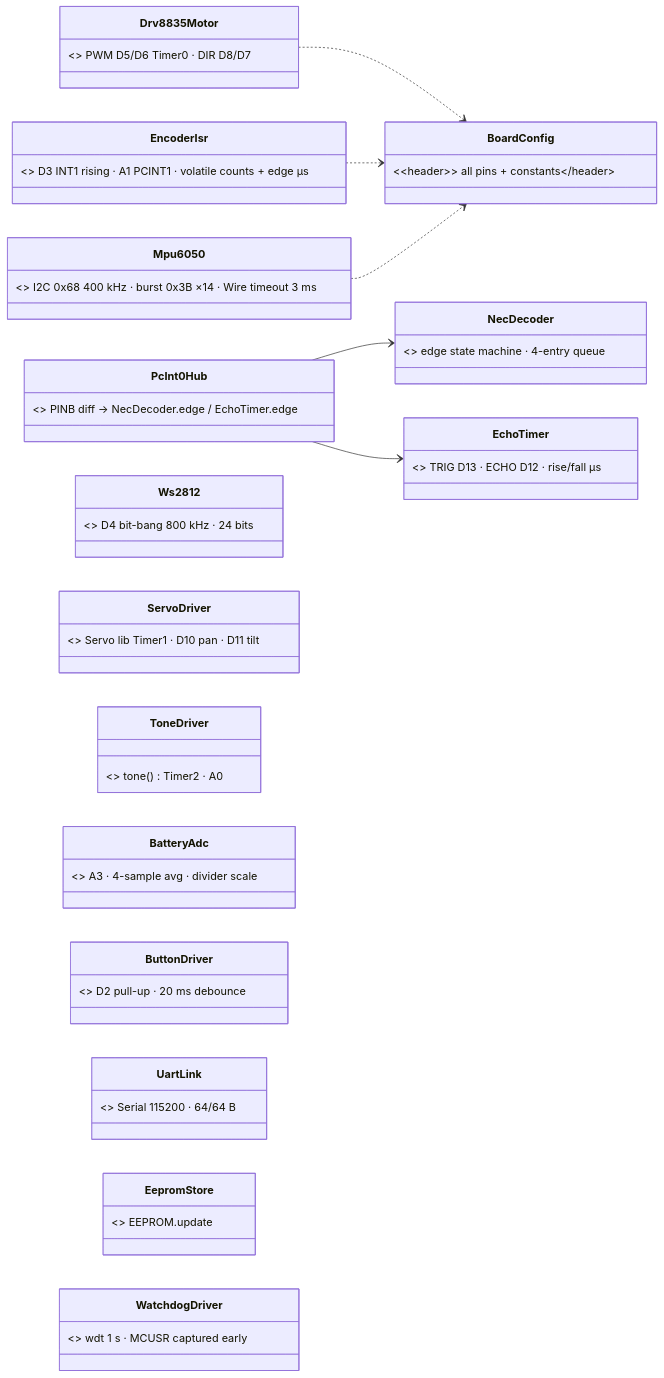
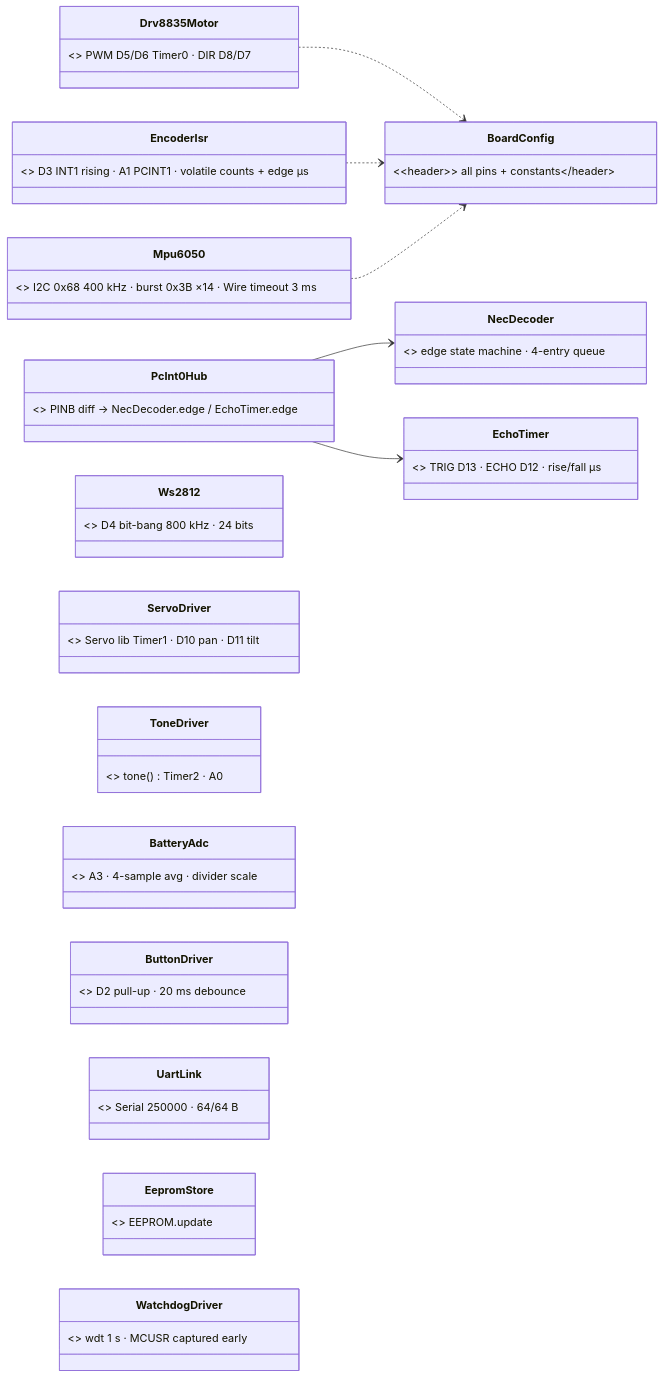
Before and after one commit to mannuray/conqueror: diagram 14 of 24 in docs/lld/uno-firmware-lld.md, drawn with Mermaid. The commit also changed other lines of this file and 3 other files, not shown here.

````diff
--- a/docs/lld/uno-firmware-lld.md
+++ b/docs/lld/uno-firmware-lld.md
@@ -749,24 +749,24 @@
 ```mermaid
 classDiagram
     direction LR
     class Drv8835Motor { <<driver: motor>> PWM D5/D6 Timer0 · DIR D8/D7 }
     class EncoderIsr { <<driver: encoders>> D3 INT1 rising · A1 PCINT1 · volatile counts + edge µs }
     class Mpu6050 { <<driver: imu>> I2C 0x68 400 kHz · burst 0x3B ×14 · Wire timeout 3 ms }
     class PcInt0Hub { <<ISR>> PINB diff → NecDecoder.edge / EchoTimer.edge }
     class EchoTimer { <<driver: ultrasonic>> TRIG D13 · ECHO D12 · rise/fall µs }
     class NecDecoder { <<driver: ir>> edge state machine · 4-entry queue }
     class Ws2812 { <<driver: led>> D4 bit-bang 800 kHz · 24 bits }
     class ServoDriver { <<driver: servos>> Servo lib Timer1 · D10 pan · D11 tilt }
     class ToneDriver { <<driver: tone>> tone() Timer2 · A0 }
     class BatteryAdc { <<driver: battery_adc>> A3 · 4-sample avg · divider scale }
     class ButtonDriver { <<driver: button>> D2 pull-up · 20 ms debounce }
-    class UartLink { <<driver: link>> Serial 115200 · 64/64 B }
+    class UartLink { <<driver: link>> Serial 250000 · 64/64 B }
     class EepromStore { <<driver: eeprom>> EEPROM.update }
     class WatchdogDriver { <<driver: watchdog>> wdt 1 s · MCUSR captured early }
     class BoardConfig { <<header>> all pins + constants }
     PcInt0Hub --> NecDecoder
     PcInt0Hub --> EchoTimer
     Drv8835Motor ..> BoardConfig
     EncoderIsr ..> BoardConfig
     Mpu6050 ..> BoardConfig
 ```
````
